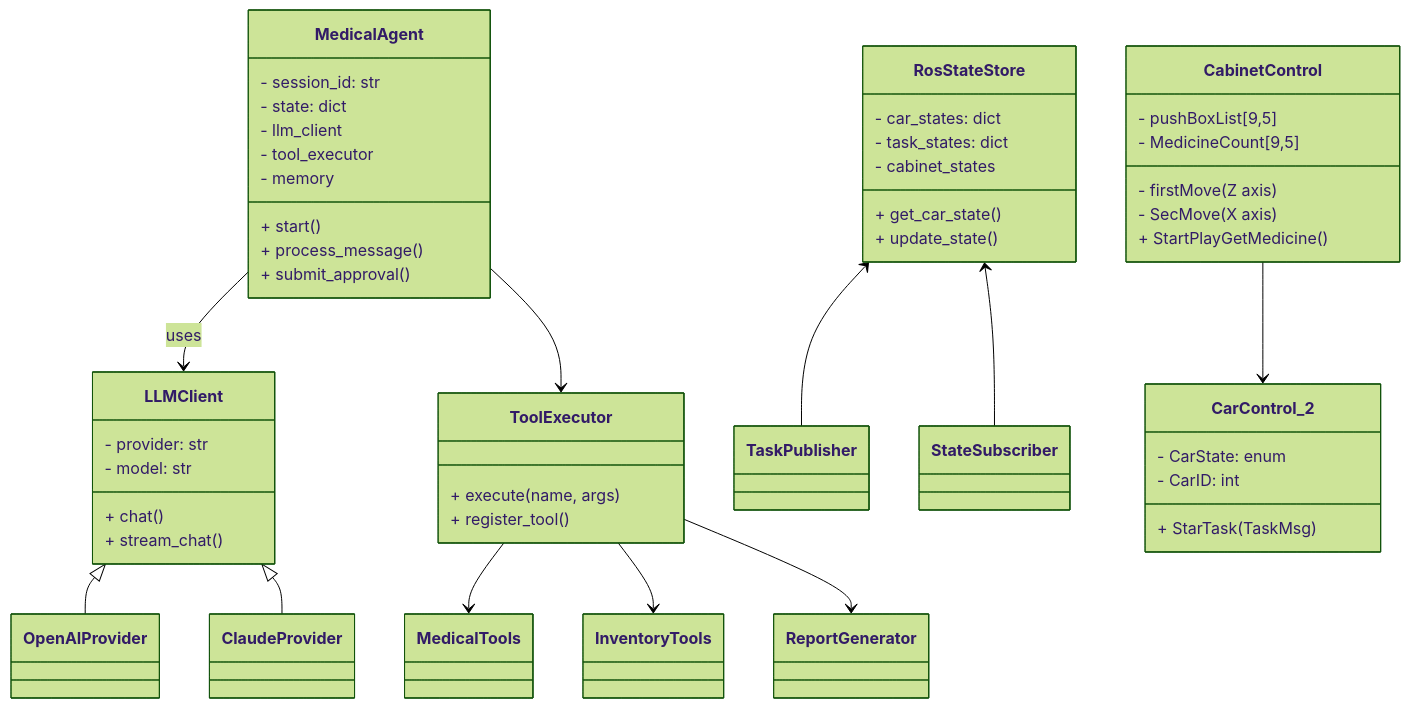
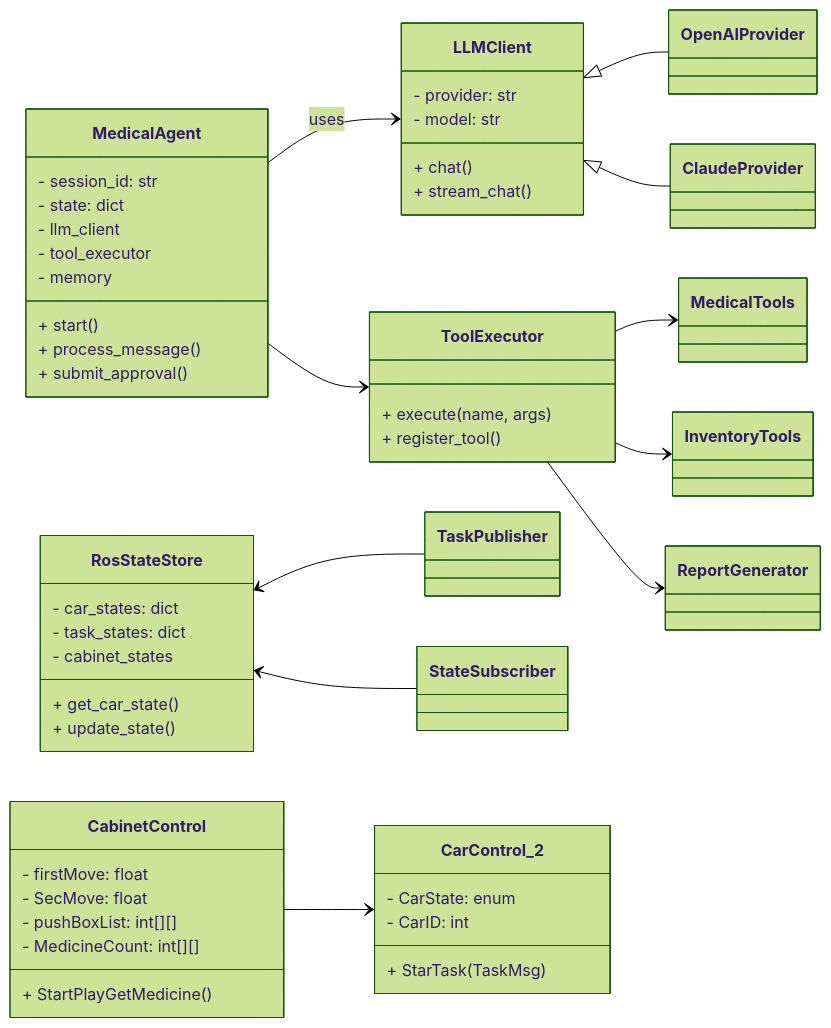
The fifth of 19 diagrams in docs/设计报告.md (clouder1128/ROS2-based-Intelligent-Medicine-Pickup-System), drawn with Mermaid (forest theme) before and after one commit. The commit also changed other lines of this file, not shown here.

Commit message:
Fix Mermaid diagram syntax and layout in 设计报告

````diff
--- a/docs/设计报告.md
+++ b/docs/设计报告.md
@@ -169,79 +169,80 @@
 ```mermaid
 classDiagram
+    direction LR
     class MedicalAgent {
         - session_id: str
         - state: dict
         - llm_client
         - tool_executor
         - memory
         + start()
         + process_message()
         + submit_approval()
     }
 
     class LLMClient {
         - provider: str
         - model: str
         + chat()
         + stream_chat()
     }
 
     class OpenAIProvider {
     }
 
     class ClaudeProvider {
     }
 
     class ToolExecutor {
         + execute(name, args)
         + register_tool()
     }
 
     class MedicalTools {
     }
 
     class InventoryTools {
     }
 
     class ReportGenerator {
     }
 
     class RosStateStore {
         - car_states: dict
         - task_states: dict
         - cabinet_states
         + get_car_state()
         + update_state()
     }
 
     class TaskPublisher {
     }
 
     class StateSubscriber {
     }
 
     class CabinetControl {
-        - firstMove (Z axis)
-        - SecMove (X axis)
-        - pushBoxList[9,5]
-        - MedicineCount[9,5]
+        - firstMove: float
+        - SecMove: float
+        - pushBoxList: int[][]
+        - MedicineCount: int[][]
         + StartPlayGetMedicine()
     }
 
     class CarControl_2 {
         - CarState: enum
         - CarID: int
         + StarTask(TaskMsg)
     }
 
     MedicalAgent --> LLMClient : uses
     LLMClient <|-- OpenAIProvider
     LLMClient <|-- ClaudeProvider
     MedicalAgent --> ToolExecutor
     ToolExecutor --> MedicalTools
     ToolExecutor --> InventoryTools
     ToolExecutor --> ReportGenerator
     RosStateStore <-- TaskPublisher
     RosStateStore <-- StateSubscriber
     CabinetControl --> CarControl_2
 ```
````
